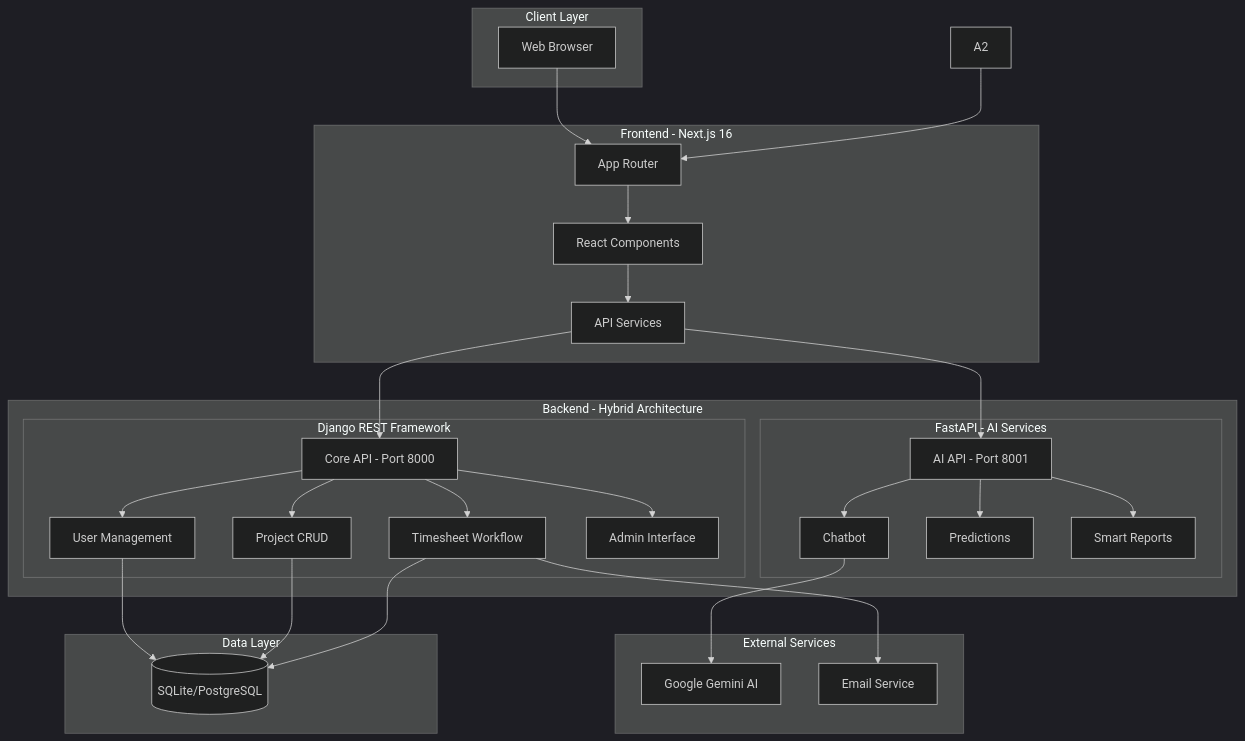
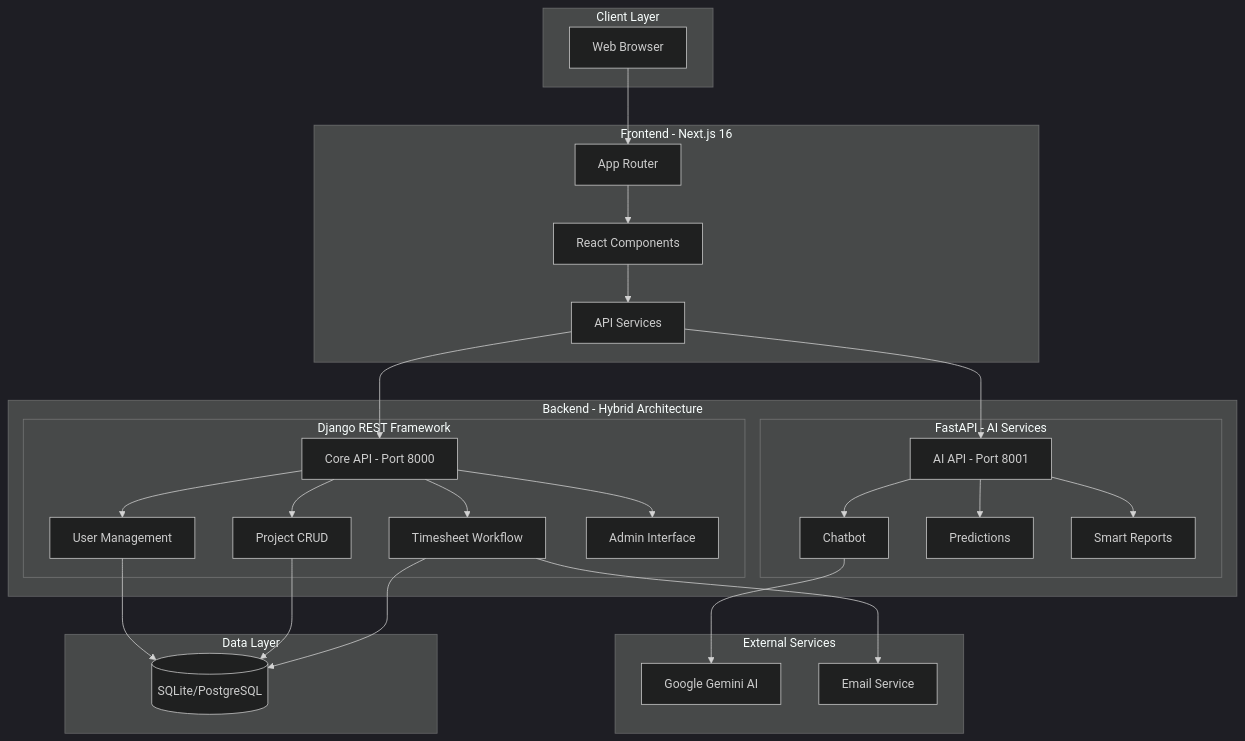
One commit to agusain2001/timesheet changed the first of 4 diagrams in architecture.md. Above: the diagram before and after it, drawn with Mermaid (dark theme).

Commit message:
changes in architecture.md

````diff
--- a/architecture.md
+++ b/architecture.md
@@ -13,62 +13,62 @@
 ```mermaid
 graph TB
     subgraph "Client Layer"
         A1[Web Browser]
     end
     
     subgraph "Frontend - Next.js 16"
         B1[App Router]
         B2[React Components]
         B3[API Services]
     end
     
     subgraph "Backend - Hybrid Architecture"
         subgraph "Django REST Framework"
             C1[Core API - Port 8000]
             C2[User Management]
             C3[Project CRUD]
             C4[Timesheet Workflow]
             C5[Admin Interface]
         end
         
         subgraph "FastAPI - AI Services"
             D1[AI API - Port 8001]
             D2[Chatbot]
             D3[Predictions]
             D4[Smart Reports]
         end
     end
     
     subgraph "External Services"
         E1[Google Gemini AI]
         E2[Email Service]
     end
     
     subgraph "Data Layer"
         F1[(SQLite/PostgreSQL)]
     end
     
     A1 --> B1
-    A2 --> B1
+    
     
     B1 --> B2
     B2 --> B3
     B3 --> C1
     B3 --> D1
     
     C1 --> C2
     C1 --> C3
     C1 --> C4
     C1 --> C5
     
     D1 --> D2
     D1 --> D3
     D1 --> D4
     
     D2 --> E1
     C4 --> E2
     
     C2 --> F1
     C3 --> F1
     C4 --> F1
 ```
````
